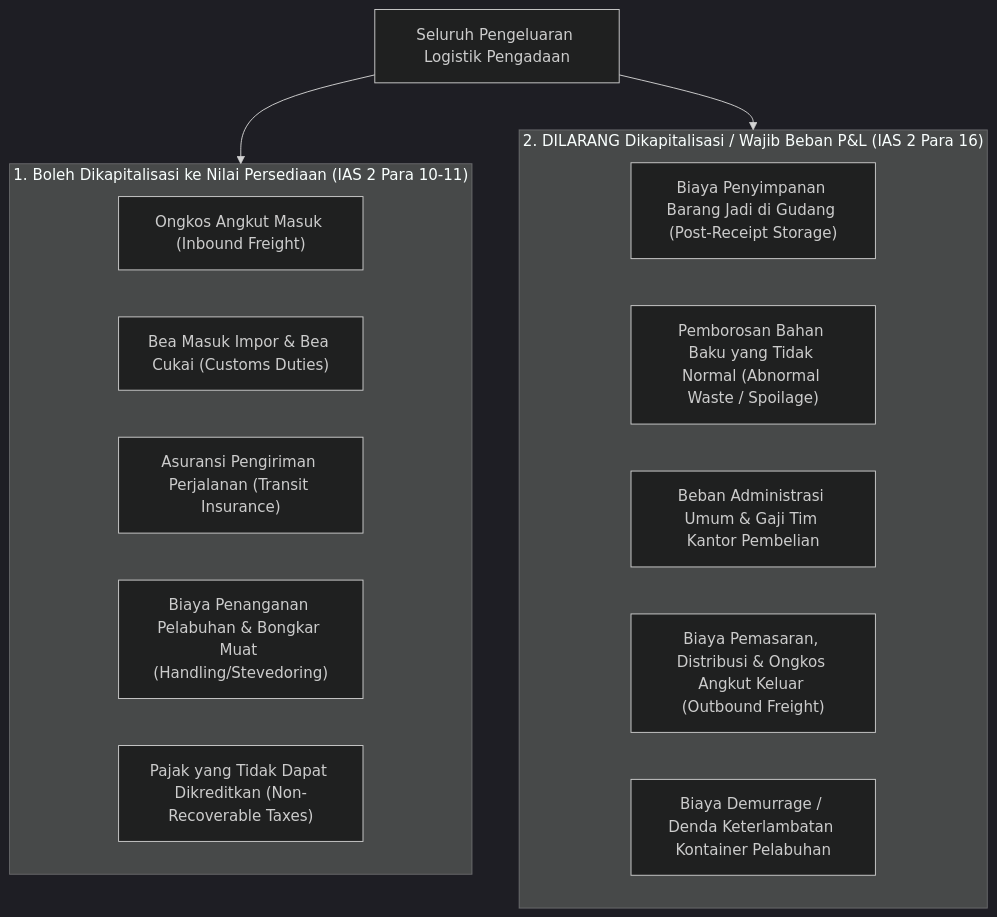
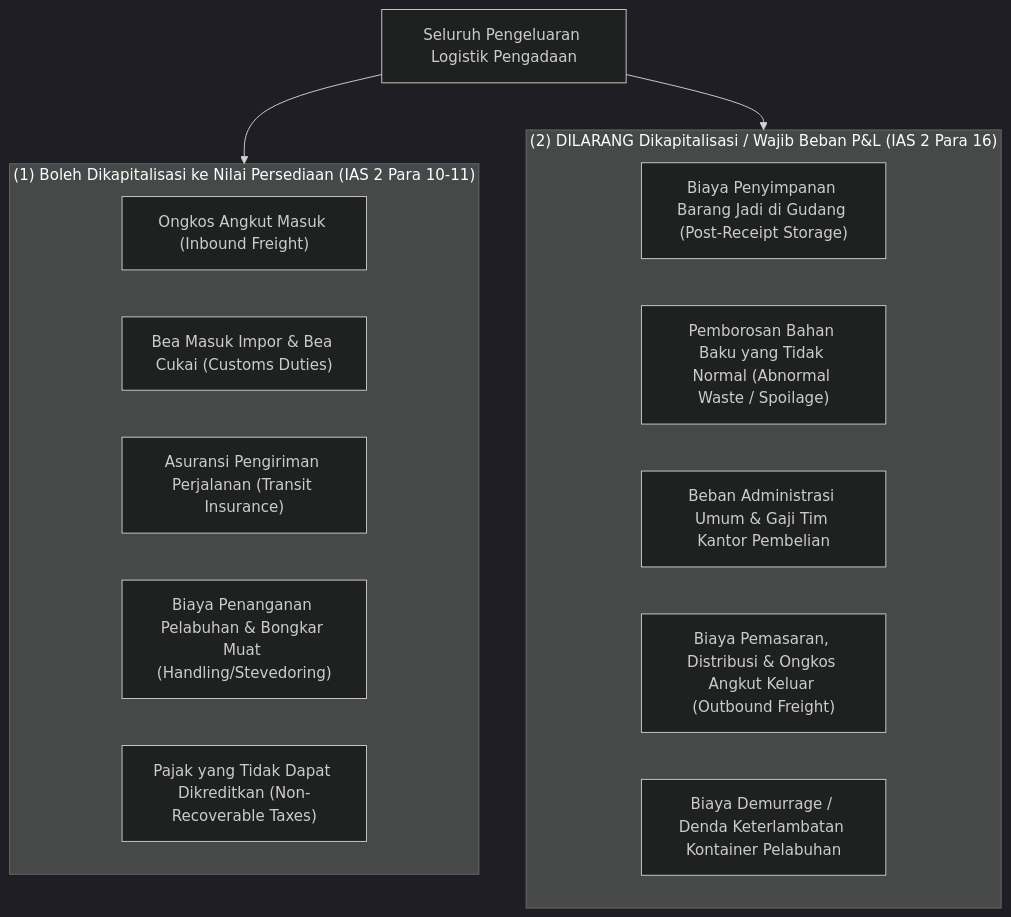
Before and after one commit to alimurrofid/erp-notes: the first of 2 diagrams in content/05-inventory/landed-cost.md, drawn with Mermaid (dark theme). The commit also changed 132 other files, not shown here.

````diff
--- a/content/05-inventory/landed-cost.md
+++ b/content/05-inventory/landed-cost.md
@@ -28,23 +28,23 @@
 ```mermaid
 flowchart TD
     TotalSpend["Seluruh Pengeluaran Logistik Pengadaan"]
     
-    subgraph Capitalized["1. Boleh Dikapitalisasi ke Nilai Persediaan (IAS 2 Para 10-11)"]
+    subgraph Capitalized["(1) Boleh Dikapitalisasi ke Nilai Persediaan (IAS 2 Para 10-11)"]
         C1["Ongkos Angkut Masuk (Inbound Freight)"]
         C2["Bea Masuk Impor & Bea Cukai (Customs Duties)"]
         C3["Asuransi Pengiriman Perjalanan (Transit Insurance)"]
         C4["Biaya Penanganan Pelabuhan & Bongkar Muat (Handling/Stevedoring)"]
         C5["Pajak yang Tidak Dapat Dikreditkan (Non-Recoverable Taxes)"]
     end
     
-    subgraph Expensed["2. DILARANG Dikapitalisasi / Wajib Beban P&L (IAS 2 Para 16)"]
+    subgraph Expensed["(2) DILARANG Dikapitalisasi / Wajib Beban P&L (IAS 2 Para 16)"]
         E1["Biaya Penyimpanan Barang Jadi di Gudang (Post-Receipt Storage)"]
         E2["Pemborosan Bahan Baku yang Tidak Normal (Abnormal Waste / Spoilage)"]
         E3["Beban Administrasi Umum & Gaji Tim Kantor Pembelian"]
         E4["Biaya Pemasaran, Distribusi & Ongkos Angkut Keluar (Outbound Freight)"]
         E5["Biaya Demurrage / Denda Keterlambatan Kontainer Pelabuhan"]
     end
     
     TotalSpend --> Capitalized
     TotalSpend --> Expensed
 ```
````
